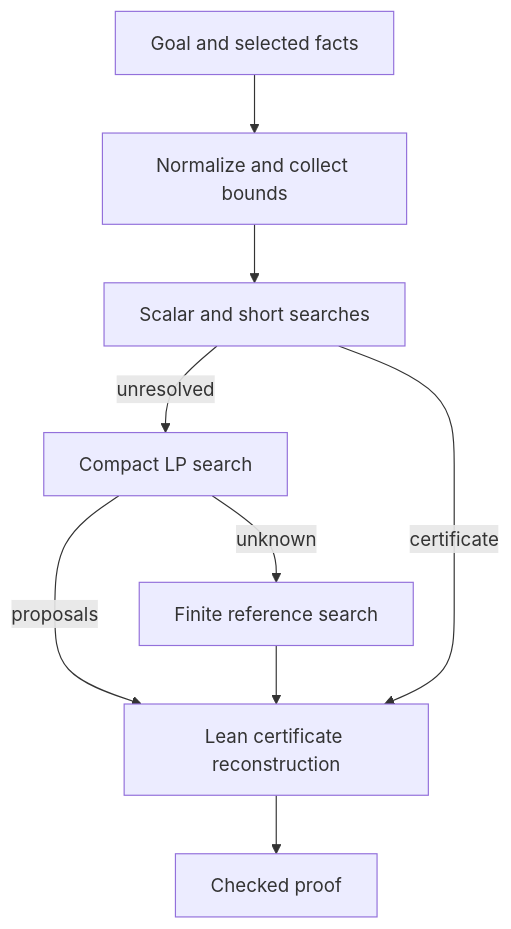
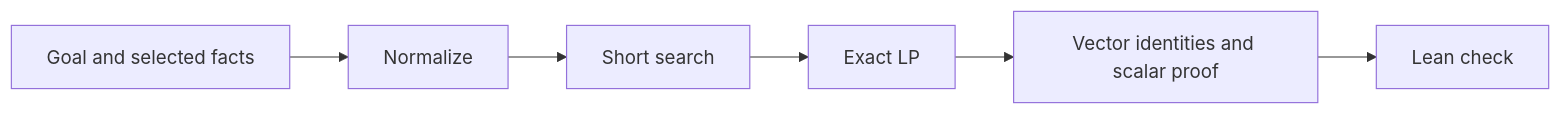
Before and after one commit to TomasOrtega/norm-arith: the diagram in docs/design.md, drawn with Mermaid. The commit also changed other lines of this file and 56 other files, not shown here.

Commit message:
docs: record roadmap checks and measured costs

````diff
--- a/docs/design.md
+++ b/docs/design.md
@@ -39,11 +34,8 @@
 ```mermaid
-flowchart TD
-    A["Goal and selected facts"] --> B["Normalize and collect bounds"]
-    B --> C["Scalar and short searches"]
-    C -->|unresolved| D["Compact LP search"]
-    D -->|proposals| E["Lean certificate reconstruction"]
-    D -->|unknown| F["Finite reference search"]
-    F --> E
-    C -->|certificate| E
-    E --> G["Checked proof"]
+flowchart LR
+    A[Goal and selected facts] --> B[Normalize]
+    B --> C[Short search]
+    C --> D[Exact LP]
+    D --> E[Vector identities and scalar proof]
+    E --> F[Lean check]
 ```
````
